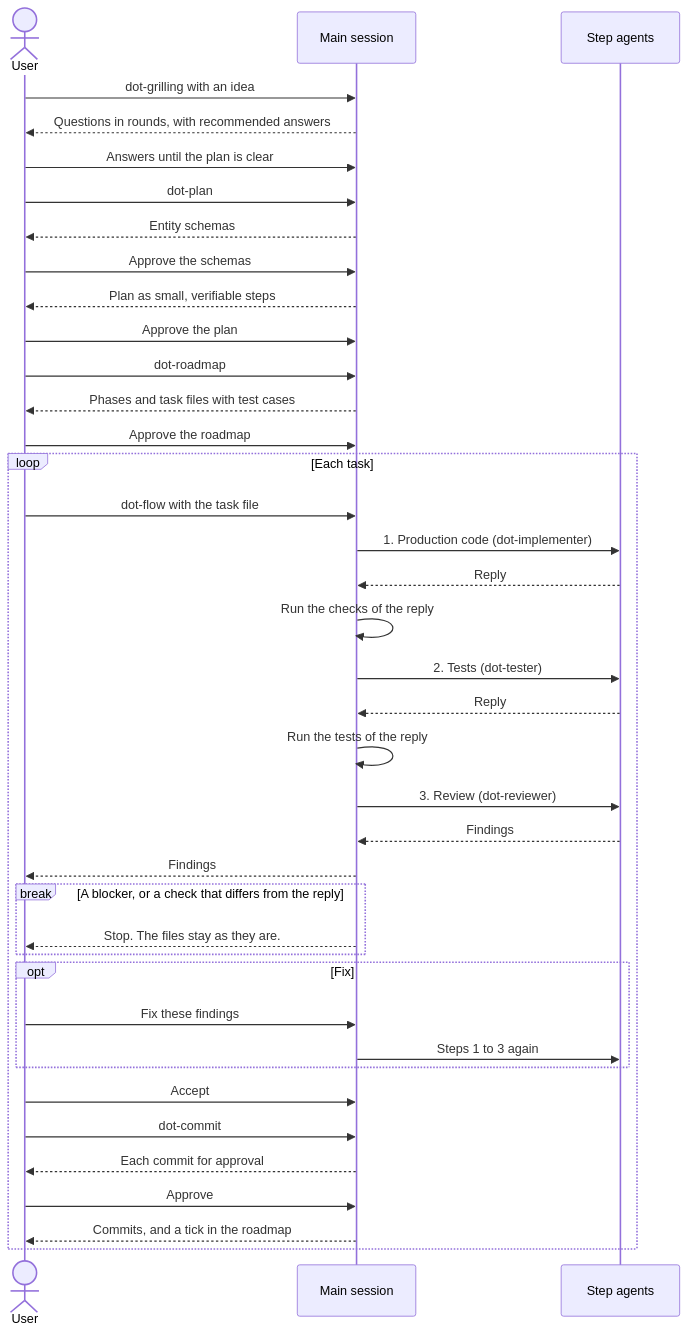
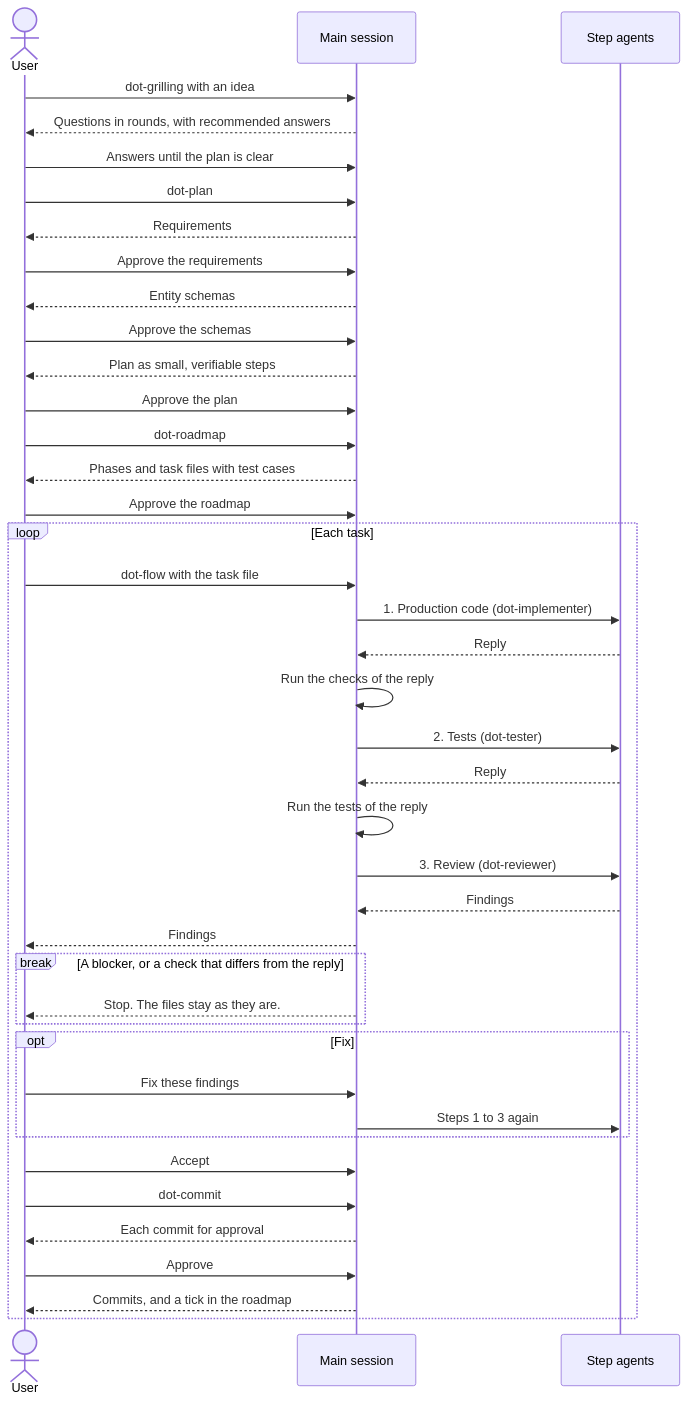
The diagram in README.md (igorlau/dotagents), drawn with Mermaid before and after one commit. The commit also changed other lines of this file and 9 other files, not shown here.

````diff
--- a/README.md
+++ b/README.md
@@ -91,41 +91,43 @@
 ```mermaid
 sequenceDiagram
     actor User
     participant Main as Main session
     participant Agents as Step agents
     User->>Main: dot-grilling with an idea
     Main-->>User: Questions in rounds, with recommended answers
     User->>Main: Answers until the plan is clear
     User->>Main: dot-plan
+    Main-->>User: Requirements
+    User->>Main: Approve the requirements
     Main-->>User: Entity schemas
     User->>Main: Approve the schemas
     Main-->>User: Plan as small, verifiable steps
     User->>Main: Approve the plan
     User->>Main: dot-roadmap
     Main-->>User: Phases and task files with test cases
     User->>Main: Approve the roadmap
     loop Each task
         User->>Main: dot-flow with the task file
         Main->>Agents: 1. Production code (dot-implementer)
         Agents-->>Main: Reply
         Main->>Main: Run the checks of the reply
         Main->>Agents: 2. Tests (dot-tester)
         Agents-->>Main: Reply
         Main->>Main: Run the tests of the reply
         Main->>Agents: 3. Review (dot-reviewer)
         Agents-->>Main: Findings
         Main-->>User: Findings
         break A blocker, or a check that differs from the reply
             Main-->>User: Stop. The files stay as they are.
         end
         opt Fix
             User->>Main: Fix these findings
             Main->>Agents: Steps 1 to 3 again
         end
         User->>Main: Accept
         User->>Main: dot-commit
         Main-->>User: Each commit for approval
         User->>Main: Approve
         Main-->>User: Commits, and a tick in the roadmap
     end
 ```
````
